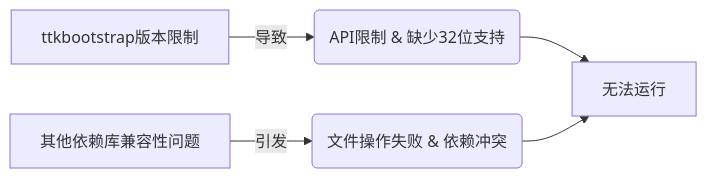
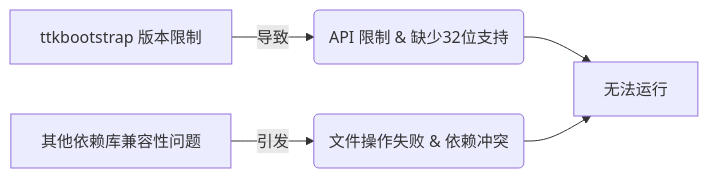
One commit to pyheight/ttk-file-explorer changed the diagram in docs/download/system-requirements.zh.md. Above: the diagram before and after it, drawn with Mermaid. The commit also changed other lines of this file, not shown here.

````diff
--- a/docs/download/system-requirements.zh.md
+++ b/docs/download/system-requirements.zh.md
@@ -24,7 +24,7 @@
     ```mermaid
     graph LR
-        A[ttkbootstrap版本限制] -->|导致| B(API限制 & 缺少32位支持)
+        A[ttkbootstrap 版本限制] -->|导致| B(API 限制 & 缺少32位支持)
         D[其他依赖库兼容性问题] -->|引发| E(文件操作失败 & 依赖冲突)
         B --> G[无法运行]
         E --> G
     ```
````
